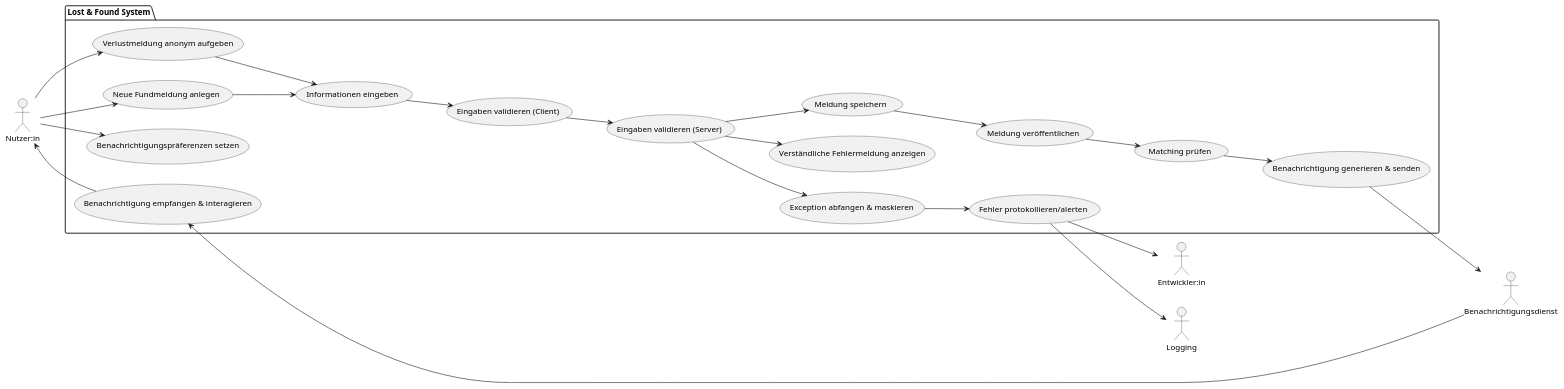
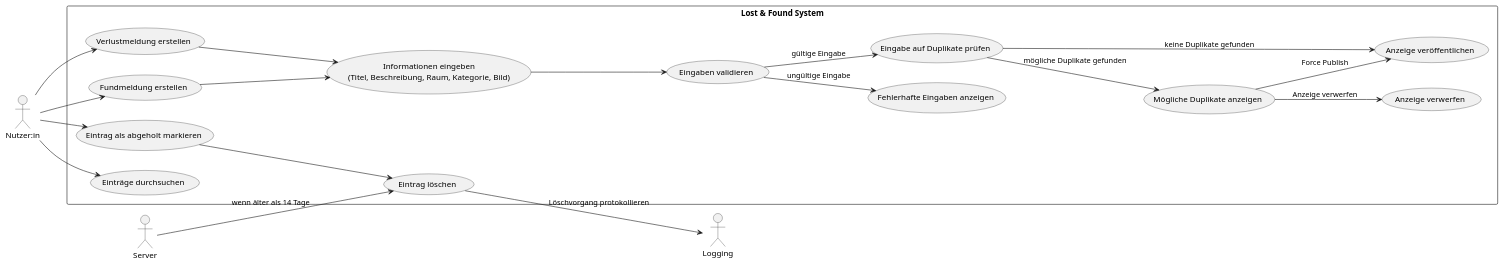
One commit to Tom0603/SoftwareEngineering_Lecture changed the diagram in docs/architecture/use-case-user-stories.puml. Above: the diagram before and after it, drawn with PlantUML.

Commit message:
Update Use Case Diagram to reflect final MVP workflow
The existing Use Case Diagram was refined to match the finalized logic of the
application and provide a more accurate representation of the current MVP.
No fundamental structural changes were introduced; instead, the diagram was
updated to align with the actual feature set (duplicate detection flow, item
lifecycle, and automated cleanup) and to improve clarity and completeness.

```diff
--- a/docs/architecture/use-case-user-stories.puml
+++ b/docs/architecture/use-case-user-stories.puml
@@ -1,49 +1,60 @@
 @startuml
-
 left to right direction
 
-actor "Nutzer:in" as stud
-actor "Entwickler:in" as dev
+' Actors
+actor "Nutzer:in" as user
+actor "Server" as server
 actor "Logging" as log
-actor "Benachrichtigungsdienst" as notif
 
-package "Lost & Found System" {
-  usecase "Verlustmeldung anonym aufgeben" as UC1
-  usecase "Neue Fundmeldung anlegen" as UC2
-  usecase "Informationen eingeben" as UC3
-  usecase "Meldung speichern" as UC4
-  usecase "Meldung veröffentlichen" as UC5
-  usecase "Eingaben validieren (Client)" as UC6
-  usecase "Eingaben validieren (Server)" as UC7
-  usecase "Verständliche Fehlermeldung anzeigen" as UC8
-  usecase "Exception abfangen & maskieren" as UC9
-  usecase "Fehler protokollieren/alerten" as UC10
-  usecase "Benachrichtigungspräferenzen setzen" as UC11
-  usecase "Matching prüfen" as UC12
-  usecase "Benachrichtigung generieren & senden" as UC13
-  usecase "Benachrichtigung empfangen & interagieren" as UC14
+' System boundary
+rectangle "Lost & Found System" {
+
+  ' Core use cases
+  usecase "Verlustmeldung erstellen" as UC_Lost
+  usecase "Fundmeldung erstellen" as UC_Found
+  usecase "Informationen eingeben\n(Titel, Beschreibung, Raum, Kategorie, Bild)" as UC_Info
+  usecase "Eingaben validieren" as UC_Validate
+  usecase "Fehlerhafte Eingaben anzeigen" as UC_ShowErrors
+
+  usecase "Eingabe auf Duplikate prüfen" as UC_DupCheck
+  usecase "Mögliche Duplikate anzeigen" as UC_ShowDup
+  usecase "Anzeige veröffentlichen" as UC_Publish
+  usecase "Anzeige verwerfen" as UC_Discard
+
+  usecase "Eintrag als abgeholt markieren" as UC_Pickup
+  usecase "Eintrag löschen" as UC_Delete
+  usecase "Einträge durchsuchen" as UC_Search
+
 }
 
-stud --> UC1
-stud --> UC2
-stud --> UC11
+' User flows
+user --> UC_Lost
+user --> UC_Found
 
-UC1 --> UC3
-UC2 --> UC3
-UC3 --> UC6
-UC6 --> UC7
-UC7 --> UC4
-UC4 --> UC5
-UC5 --> UC12
+UC_Lost --> UC_Info
+UC_Found --> UC_Info
 
-UC12 --> UC13
-UC13 --> notif
-notif --> UC14
-UC14 --> stud
-UC7 --> UC8
-UC7 --> UC9
-UC9 --> UC10
-UC10 --> log
-UC10 --> dev
+UC_Info --> UC_Validate
 
+' Validation results
+UC_Validate --> UC_ShowErrors : ungültige Eingabe
+UC_Validate --> UC_DupCheck : gültige Eingabe
+
+' Duplicate logic
+UC_DupCheck --> UC_Publish : keine Duplikate gefunden
+UC_DupCheck --> UC_ShowDup : mögliche Duplikate gefunden
+
+UC_ShowDup --> UC_Discard : Anzeige verwerfen
+UC_ShowDup --> UC_Publish : Force Publish
+
+' Pickup flow
+user --> UC_Pickup
+UC_Pickup --> UC_Delete
+UC_Delete --> log : Löschvorgang protokollieren
+
+' Search
+user --> UC_Search
+
+' Server automated cleanup
+server --> UC_Delete : wenn älter als 14 Tage
 @enduml
```
